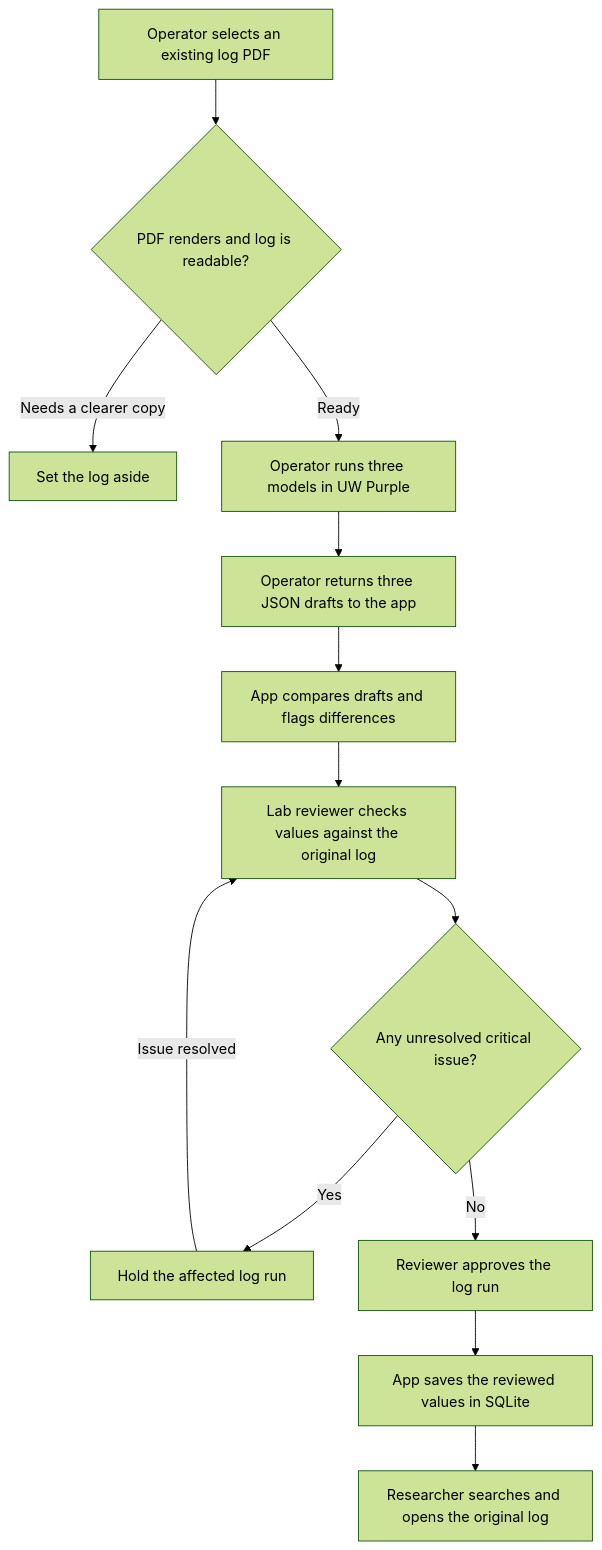
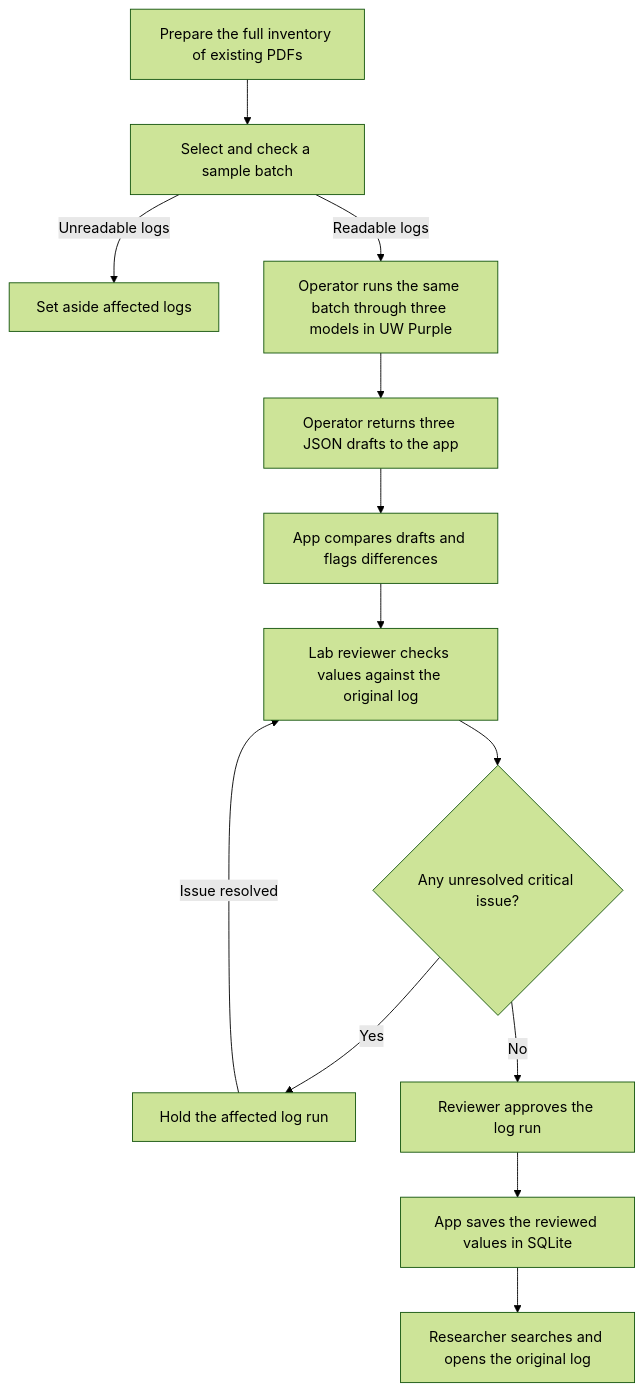
Before and after one commit to irisyjchang/quantum-materials-ai-archive: the diagram in docs/design-document.md, drawn with Mermaid (forest theme). The commit also changed other lines of this file, not shown here.

Commit message:
docs: streamline existing logs in batches

````diff
--- a/docs/design-document.md
+++ b/docs/design-document.md
@@ -36,15 +36,15 @@
 ```mermaid
 flowchart TD
-    A[Operator selects an existing log PDF] --> B{PDF renders and log is readable?}
-    B -->|Needs a clearer copy| C[Set the log aside]
-    B -->|Ready| D[Operator runs three models in UW Purple]
+    A[Prepare the full inventory of existing PDFs] --> B[Select and check a sample batch]
+    B -->|Unreadable logs| C[Set aside affected logs]
+    B -->|Readable logs| D[Operator runs the same batch through three models in UW Purple]
     D --> E[Operator returns three JSON drafts to the app]
     E --> F[App compares drafts and flags differences]
     F --> G[Lab reviewer checks values against the original log]
     G --> H{Any unresolved critical issue?}
     H -->|Yes| I[Hold the affected log run]
     I -->|Issue resolved| G
     H -->|No| J[Reviewer approves the log run]
     J --> K[App saves the reviewed values in SQLite]
     K --> L[Researcher searches and opens the original log]
 ```
````
